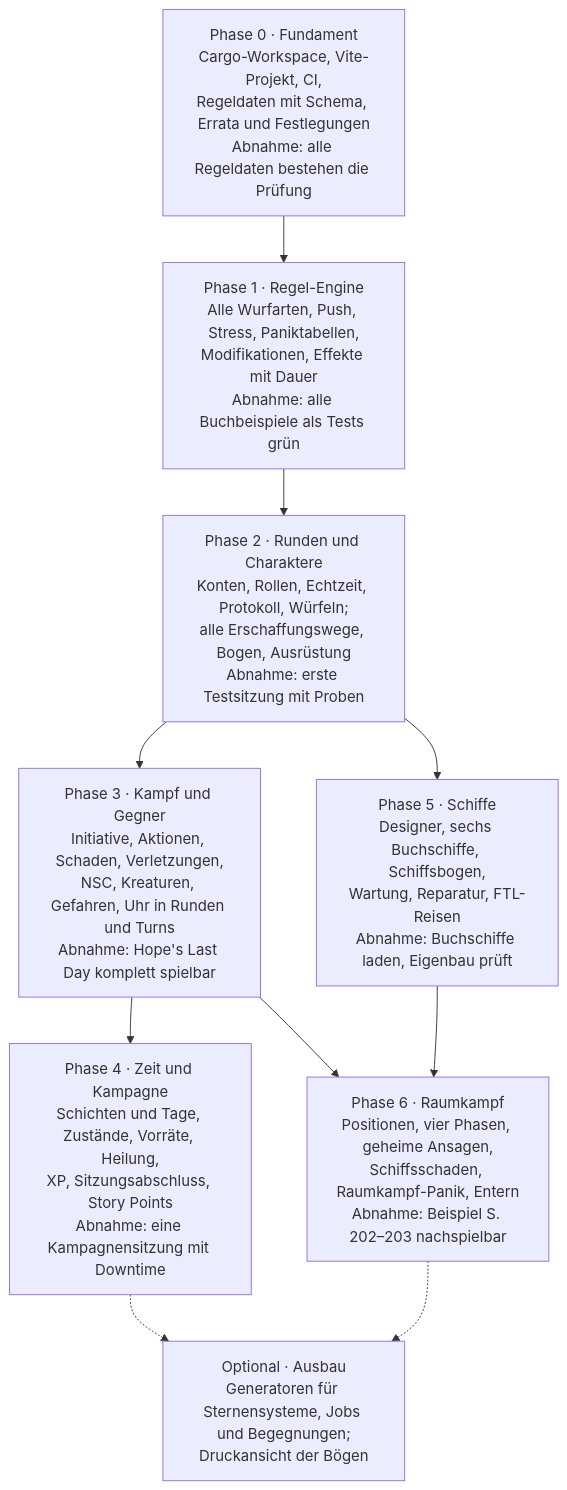
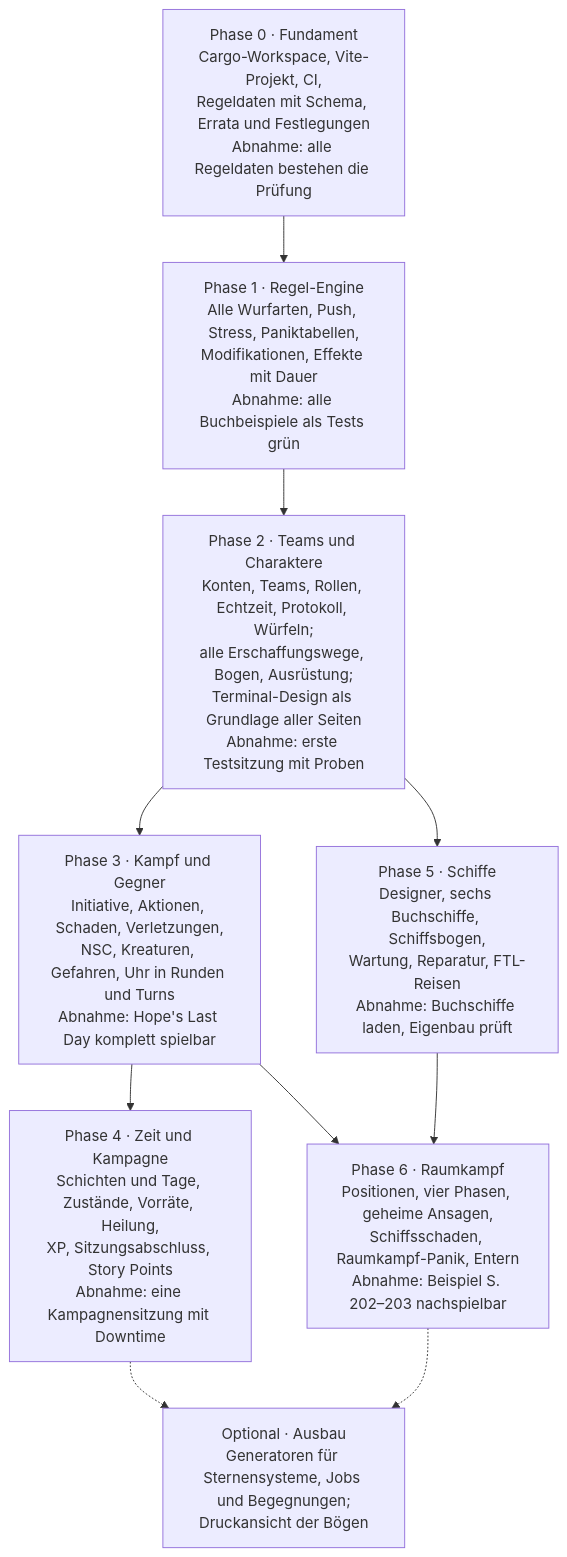
The third of 3 diagrams in docs/PLAN.md (peddn/xenoforge), drawn with Mermaid before and after one commit. The commit also changed other lines of this file and 2 other files, not shown here.

First line of the commit message:
Plan: teams, terminal design, ship damage rulings, working rules

````diff
--- a/docs/PLAN.md
+++ b/docs/PLAN.md
@@ -595,16 +609,16 @@
 ```mermaid
 flowchart TD
     p0["Phase 0 · Fundament<br/>Cargo-Workspace, Vite-Projekt, CI,<br/>Regeldaten mit Schema, Errata und Festlegungen<br/>Abnahme: alle Regeldaten bestehen die Prüfung"]
     p1["Phase 1 · Regel-Engine<br/>Alle Wurfarten, Push, Stress, Paniktabellen,<br/>Modifikationen, Effekte mit Dauer<br/>Abnahme: alle Buchbeispiele als Tests grün"]
-    p2["Phase 2 · Runden und Charaktere<br/>Konten, Rollen, Echtzeit, Protokoll, Würfeln;<br/>alle Erschaffungswege, Bogen, Ausrüstung<br/>Abnahme: erste Testsitzung mit Proben"]
+    p2["Phase 2 · Teams und Charaktere<br/>Konten, Teams, Rollen, Echtzeit, Protokoll, Würfeln;<br/>alle Erschaffungswege, Bogen, Ausrüstung;<br/>Terminal-Design als Grundlage aller Seiten<br/>Abnahme: erste Testsitzung mit Proben"]
     p3["Phase 3 · Kampf und Gegner<br/>Initiative, Aktionen, Schaden, Verletzungen,<br/>NSC, Kreaturen, Gefahren, Uhr in Runden und Turns<br/>Abnahme: Hope's Last Day komplett spielbar"]
     p4["Phase 4 · Zeit und Kampagne<br/>Schichten und Tage, Zustände, Vorräte, Heilung,<br/>XP, Sitzungsabschluss, Story Points<br/>Abnahme: eine Kampagnensitzung mit Downtime"]
     p5["Phase 5 · Schiffe<br/>Designer, sechs Buchschiffe, Schiffsbogen,<br/>Wartung, Reparatur, FTL-Reisen<br/>Abnahme: Buchschiffe laden, Eigenbau prüft"]
     p6["Phase 6 · Raumkampf<br/>Positionen, vier Phasen, geheime Ansagen,<br/>Schiffsschaden, Raumkampf-Panik, Entern<br/>Abnahme: Beispiel S. 202–203 nachspielbar"]
     p7["Optional · Ausbau<br/>Generatoren für Sternensysteme, Jobs und Begegnungen;<br/>Druckansicht der Bögen"]
     p0 --> p1 --> p2 --> p3 --> p4
     p2 --> p5 --> p6
     p3 --> p6
     p4 -.-> p7
     p6 -.-> p7
 ```
````
